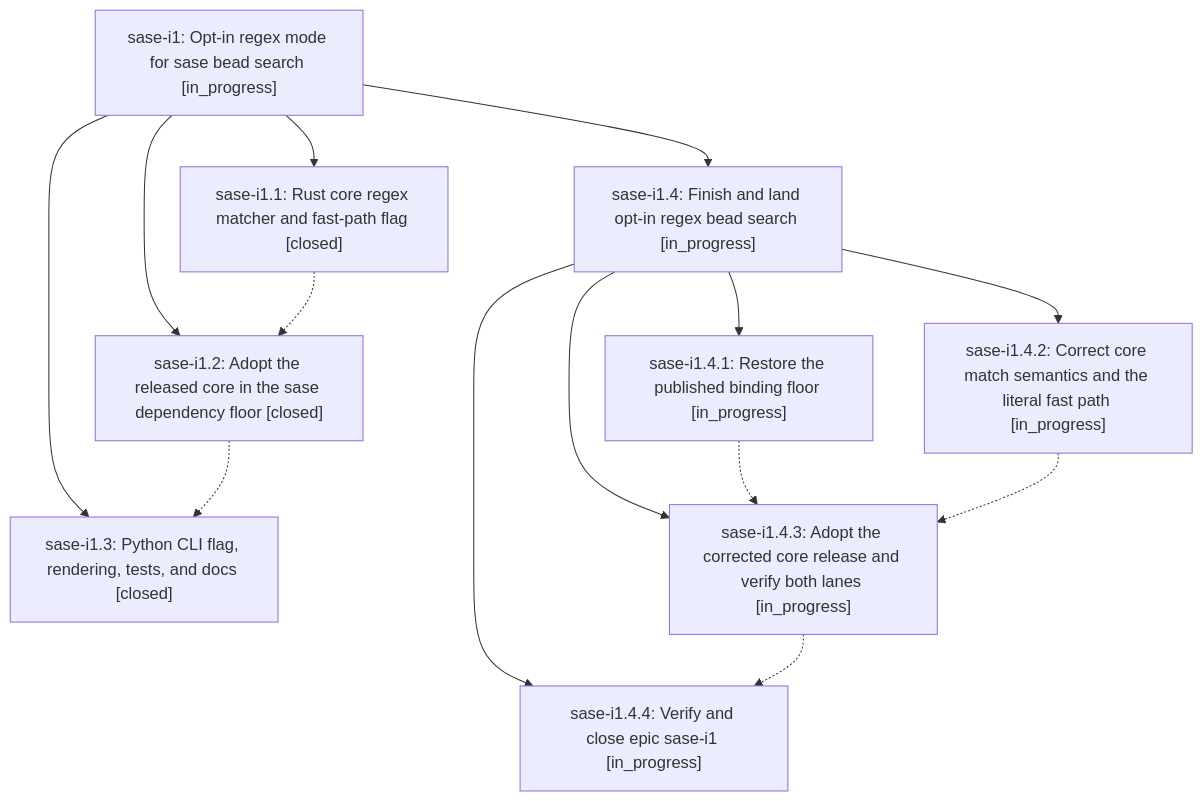
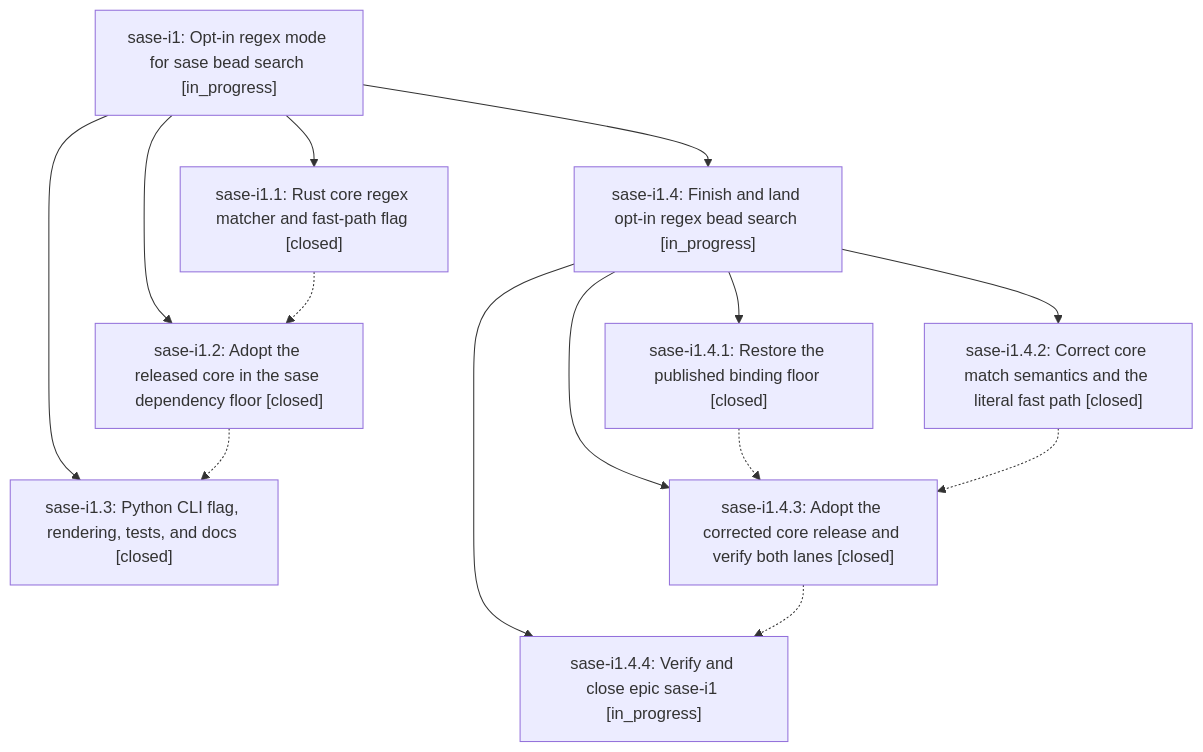
One commit to sase-org/sase--beads changed the diagram in pages/sase-i1/README.md. Above: the diagram before and after it, drawn with Mermaid. The commit also changed other lines of this file and 5 other files, not shown here.

````diff
--- a/pages/sase-i1/README.md
+++ b/pages/sase-i1/README.md
@@ -30,25 +30,25 @@
 ```mermaid
 flowchart TD
     n0["sase-i1: Opt-in regex mode for sase bead search [in_progress]"]
     n1["sase-i1.1: Rust core regex matcher and fast-path flag [closed]"]
     n2["sase-i1.2: Adopt the released core in the sase dependency floor [closed]"]
     n3["sase-i1.3: Python CLI flag, rendering, tests, and docs [closed]"]
     n4["sase-i1.4: Finish and land opt-in regex bead search [in_progress]"]
-    n5["sase-i1.4.1: Restore the published binding floor [in_progress]"]
-    n6["sase-i1.4.2: Correct core match semantics and the literal fast path [in_progress]"]
-    n7["sase-i1.4.3: Adopt the corrected core release and verify both lanes [in_progress]"]
+    n5["sase-i1.4.1: Restore the published binding floor [closed]"]
+    n6["sase-i1.4.2: Correct core match semantics and the literal fast path [closed]"]
+    n7["sase-i1.4.3: Adopt the corrected core release and verify both lanes [closed]"]
     n8["sase-i1.4.4: Verify and close epic sase-i1 [in_progress]"]
     n0 --> n1
     n0 --> n2
     n0 --> n3
     n0 --> n4
     n4 --> n5
     n4 --> n6
     n4 --> n7
     n4 --> n8
     n1 -.-> n2
     n2 -.-> n3
     n5 -.-> n7
     n6 -.-> n7
     n7 -.-> n8
 ```
````
